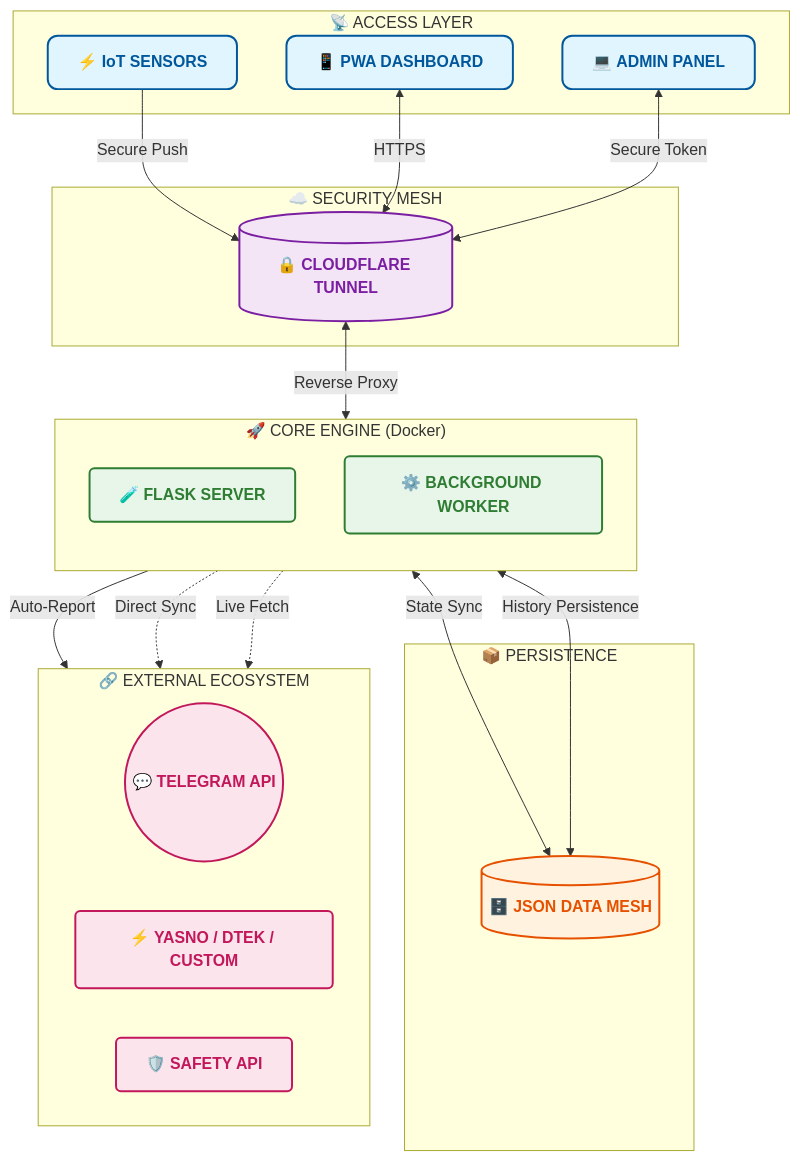
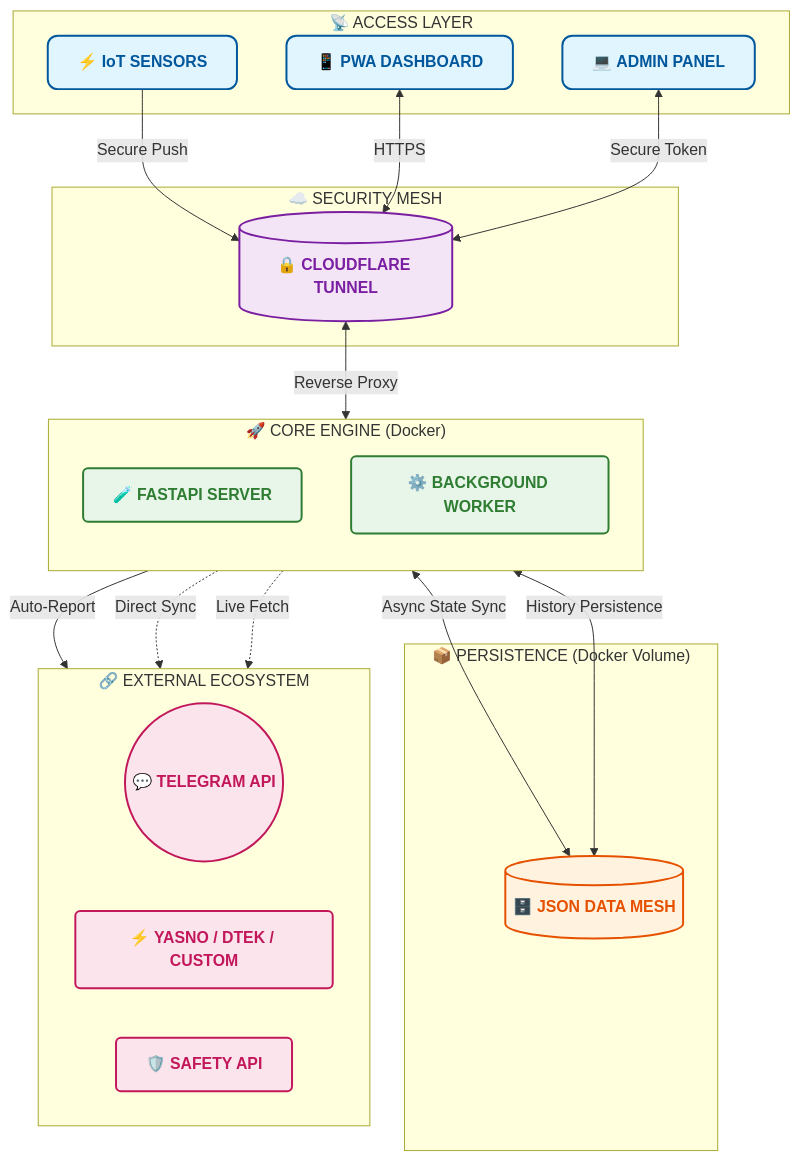
The diagram in README.md (weby-homelab/flash-monitor-kyiv), drawn with Mermaid before and after one commit. The commit also changed other lines of this file and 1 other file, not shown here.

Commit message:
docs: update READMEs for Docker Edition (main branch) and v3.2.1

````diff
--- a/README.md
+++ b/README.md
@@ -86,51 +83,51 @@
 ```mermaid
 flowchart TD
     classDef access fill:#e1f5fe,stroke:#01579b,stroke-width:2px,color:#01579b,rx:10,ry:10
     classDef network fill:#f3e5f5,stroke:#7b1fa2,stroke-width:2px,color:#7b1fa2,rx:5,ry:5
     classDef core fill:#e8f5e9,stroke:#2e7d32,stroke-width:2px,color:#2e7d32,rx:5,ry:5
     classDef storage fill:#fff3e0,stroke:#e65100,stroke-width:2px,color:#e65100,rx:10,ry:10
     classDef external fill:#fce4ec,stroke:#c2185b,stroke-width:2px,color:#c2185b,rx:5,ry:5
 
     subgraph Access ["📡 ACCESS LAYER"]
         IoT["⚡ <b>IoT SENSORS</b>"]
         PWA["📱 <b>PWA DASHBOARD</b>"]
         ADM["💻 <b>ADMIN PANEL</b>"]
     end
 
     subgraph Network ["☁️ SECURITY MESH"]
         CF[("🔒 <b>CLOUDFLARE TUNNEL</b>")]
     end
 
     subgraph Core ["🚀 CORE ENGINE (Docker)"]
         direction TB
-        WEB["🧪 <b>FLASK SERVER</b>"]
+        WEB["🧪 <b>FASTAPI SERVER</b>"]
         WORKER["⚙️ <b>BACKGROUND WORKER</b>"]
     end
 
-    subgraph Storage ["📦 PERSISTENCE"]
+    subgraph Storage ["📦 PERSISTENCE (Docker Volume)"]
         JSON[("🗄️ <b>JSON DATA MESH</b>")]
     end
 
     subgraph Integration ["🔗 EXTERNAL ECOSYSTEM"]
         direction LR
         TG(("💬 <b>TELEGRAM API</b>"))
         DTEK["⚡ <b>YASNO / DTEK / CUSTOM</b>"]
         SAFE["🛡️ <b>SAFETY API</b>"]
     end
 
     IoT -->|Secure Push| CF
     PWA <-->|HTTPS| CF
     ADM <-->|Secure Token| CF
     CF <-->|Reverse Proxy| WEB
-    WEB <-->|State Sync| JSON
+    WEB <-->|Async State Sync| JSON
     WORKER <-->|History Persistence| JSON
     WORKER -->|Auto-Report| TG
     WORKER -.->|Direct Sync| DTEK
     WEB -.->|Live Fetch| SAFE
 
     class IoT,PWA,ADM access
     class CF network
     class WEB,WORKER core
     class JSON storage
     class TG,DTEK,SAFE external
 ```
````
